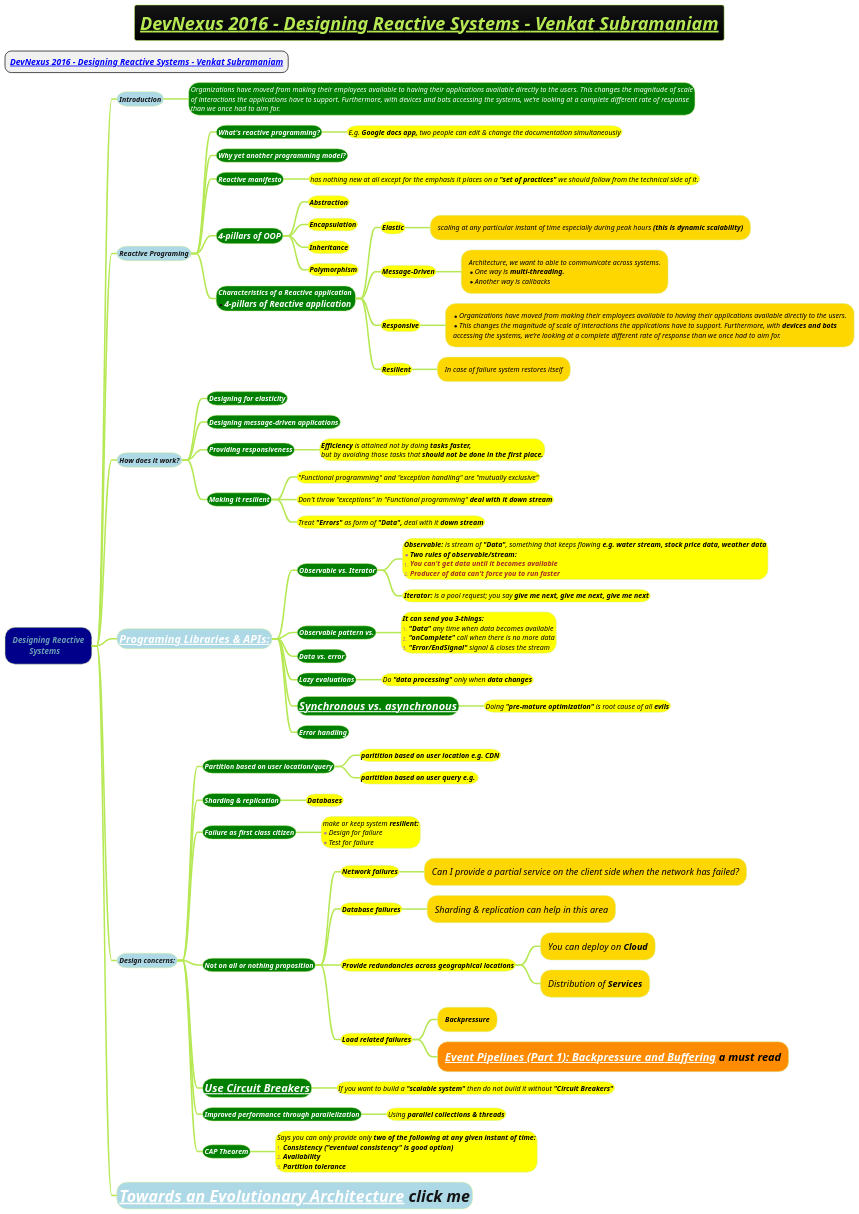
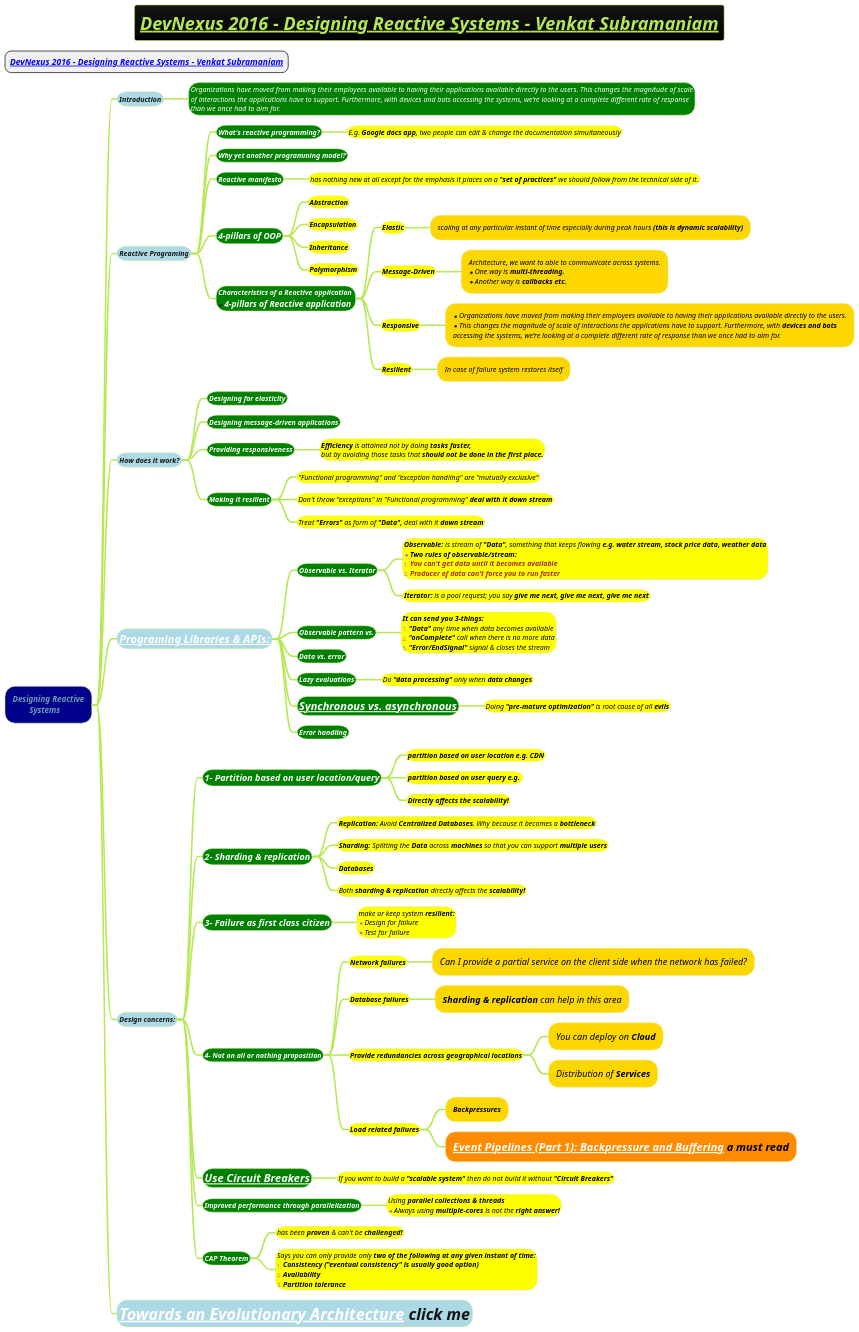
Before and after one commit to MehmoodHashmi/Documentation-as-Code-DaC: the diagram in docs/3-programming-languages/Venkat-Subramaniam/Designing-Reactive-Systems.puml, drawn with PlantUML.

```diff
--- a/docs/3-programming-languages/Venkat-Subramaniam/Designing-Reactive-Systems.puml
+++ b/docs/3-programming-languages/Venkat-Subramaniam/Designing-Reactive-Systems.puml
@@ -1,91 +1,96 @@
 @startmindmap
 title =<i><b><u>DevNexus 2016 - Designing Reactive Systems - Venkat Subramaniam
 
 * ===<i><b>[[https://www.youtube.com/watch?v=2k76zO2Q6vg&t=7003s&ab_channel=devnexus DevNexus 2016 - Designing Reactive Systems - Venkat Subramaniam]]
 !theme hacker
 
 *[#darkblue] <i>Designing Reactive\n<i>\tSystems
 **[#lightblue] <i><color #blac><size:14>Introduction
 ***[#green]:<i><color #white><size:14>Organizations have moved from making their employees available to having their applications available directly to the users. This changes the magnitude of scale
 <i><color #white><size:14>of interactions the applications have to support. Furthermore, with devices and bots accessing the systems, we’re looking at a complete different rate of response
 <i><color #white><size:14>than we once had to aim for.;
 
 **[#lightblue] <i><color #blac><size:14>Reactive Programing
 ***[#green] <i><color #white><size:14><b>What's reactive programming?
 ****[#yellow] <i><color #black><size:14>E.g. **Google docs app,** two people can edit & change the documentation simultaneously
 ***[#green] <i><color #white><size:14><b>Why yet another programming model?
 ***[#green] <i><color #white><size:14><b>Reactive manifesto
 ****[#yellow] <i><color #black><size:14>has nothing new at all except for the emphasis it places on a <b>"set of practices"</b> we should follow from the technical side of it.
 ***[#green] <i><color #white><size:14><i><color #white><size:17><b>4-pillars of OOP
 ****[#yellow] <b><i><color #black><size:14>Abstraction
 ****[#yellow] <b><i><color #black><size:14>Encapsulation
 ****[#yellow] <b><i><color #black><size:14>Inheritance
 ****[#yellow] <b><i><color #black><size:14>Polymorphism
 ***[#green] <i><color #white><size:14><b>Characteristics of a Reactive application \n*<i><color #white><size:17><b>4-pillars of Reactive application
 ****[#yellow] <b><i><color #black><size:14>Elastic
 *****[#gold] <i><color #black><size:14>scaling at any particular instant of time especially during peak hours <b>(this is dynamic scalability)
 ****[#yellow] <b><i><color #black><size:14>Message-Driven
 *****[#gold]:<i><color #black><size:14>Architecture, we want to able to communicate across systems.
 *<i><color #black><size:14>One way is <b>multi-threading.
-*<i><color #black><size:14>Another way is callbacks;
+*<i><color #black><size:14>Another way is <b>callbacks etc.;
 ****[#yellow] <b><i><color #black><size:14>Responsive
 *****[#gold]:*<i><color #black><size:14>Organizations have moved from making their employees available to having their applications available directly to the users.
 *<i><color #black><size:14>This changes the magnitude of scale of interactions the applications have to support. Furthermore, with <b>devices and bots
 <i><color #black><size:14>accessing the systems, we’re looking at a complete different rate of response than we once had to aim for.;
 ****[#yellow] <b><i><color #black><size:14>Resilient
 *****[#gold] <i><color #black><size:14>In case of failure system restores itself
 **[#lightblue] <i><color #blac><size:14>How does it work?
 ***[#green] <i><color #white><size:14><b>Designing for elasticity
 ***[#green] <i><color #white><size:14><b>Designing message-driven applications
 ***[#green] <i><color #white><size:14><b>Providing responsiveness
 ****[#yellow] <i><color #black><size:14><b>Efficiency</b> is attained not by doing <b>tasks faster,\n<i><color #black><size:14>but by avoiding those tasks that <b>should not be done in the first place.
 ***[#green] <i><color #white><size:14><b>Making it resilient
 ****[#yellow] <i><color #black><size:14>"Functional programming" and "exception handling" are "mutually exclusive"
 ****[#yellow] <i><color #black><size:14>Don't throw "exceptions" in "Functional programming" <b>deal with it down stream
 ****[#yellow] <i><color #black><size:14>Treat <b>"Errors"</b> as form of <b>"Data",</b> deal with it <b>down stream
 **[#lightblue] <i><color #blac><size:22>[[Reactive-Data-Stream.puml Programing Libraries & APIs:]]
 ***[#green] <i><color #white><size:14><b>Observable vs. Iterator
 ****[#yellow]:<i><color #black><size:14><b>Observable:</b> is stream of <b>"Data"</b>, something that keeps flowing <b>e.g. water stream, stock price data, weather data
 *<i><color #black><size:14><b>Two rules of observable/stream:
 #<i><color #brown><size:14><b>You can't get data until it becomes available
 #<i><color #brown><size:14><b>Producer of data can't force you to run faster;
 ****[#yellow] <i><color #black><size:14><b>Iterator:</b> is a pool request; you say <b>give me next, give me next, give me next
 ***[#green] <i><color #white><size:14><b>Observable pattern vs.
 ****[#yellow]:<i><color #black><size:14><b>It can send you 3-things:</b>
 #<i><color #black><size:14>**"Data"** any time when data becomes available
 #<i><color #black><size:14>**"onComplete"** call when there is no more data
 #<i><color #black><size:14>**"Error/EndSignal"** signal & closes the stream;
 
 ***[#green] <i><color #white><size:14><b>Data vs. error
 ***[#green] <i><color #white><size:14><b>Lazy evaluations
 ****[#yellow] <i><color #black><size:14>Do <b>"data processing"</b> only when <b>data changes
 ***[#green] <i><color #white><size:22><b>[[docs/3-programming-languages/Venkat-Subramaniam/Asynchronous-Programming-in-Java-Options-to-Choose-from.puml Synchronous vs. asynchronous]]
 ****[#yellow] <i><color #black><size:14>Doing <b>"pre-mature optimization"</b> is root cause of all <b>evils
 ***[#green] <i><color #white><size:14><b>Error handling
 **[#lightblue] <i><color #blac><size:14>Design concerns:
-***[#green] <i><color #white><size:14><b>Partition based on user location/query
-****[#yellow] <i><color #black><size:14><b>paritition based on user location e.g. CDN</b>
-****[#yellow] <i><color #black><size:14><b>paritition based on user query e.g. </b>
-***[#green] <i><color #white><size:14><b>Sharding & replication
+***[#green] <i><color #white><size:18><b>1- Partition based on user location/query
+****[#yellow] <i><color #black><size:14><b>partition based on user location e.g. CDN</b>
+****[#yellow] <i><color #black><size:14><b>partition based on user query e.g. </b>
+****[#yellow] <i><color #black><size:14><b>Directly affects the scalability!
+***[#green] <i><color #white><size:18><b>2- Sharding & replication
+****[#yellow] <i><color #black><size:14>**Replication:** Avoid <b>Centralized Databases</b>. Why because it becomes a <b>bottleneck
+****[#yellow] <i><color #black><size:14>**Sharding:** Splitting the <b>Data</b> across **machines** so that you can support <b>multiple users
 ****[#yellow] <i><color #black><size:14><b>Databases</b>
-***[#green] <i><color #white><size:14><b>Failure as first class citizen
+****[#yellow] <i><color #black><size:14>Both **sharding & replication** directly affects the <b>scalability!
+***[#green] <i><color #white><size:18><b>3- Failure as first class citizen
 ****[#yellow] <i><color #black><size:14>make or keep system <b>resilient:\n*<i><color #black><size:14>Design for failure\n*<i><color #black><size:14>Test for failure
-***[#green] <i><color #white><size:14><b>Not on all or nothing proposition
+***[#green] <i><color #white><size:14><b>4- Not on all or nothing proposition
 ****[#yellow] <i><color #black><size:14><b>Network failures</b>
 *****[#gold] <i><color #black><size:18>Can I provide a partial service on the client side when the network has failed?
 ****[#yellow] <i><color #black><size:14><b>Database failures</b>
-*****[#gold] <i><color #black><size:18>Sharding & replication can help in this area
+*****[#gold] <i><color #black><size:18>**Sharding & replication** can help in this area
 ****[#yellow] <i><color #black><size:14><b>Provide redundancies across geographical locations</b>
 *****[#gold] <i><color #black><size:18>You can deploy on <b>Cloud
 *****[#gold] <i><color #black><size:18>Distribution of <b>Services</b>
 ****[#yellow] <i><color #black><size:14><b>Load related failures</b>
-*****[#gold] <i><color #black><size:14><b>Backpressure</b>
+*****[#gold] <i><color #black><size:14><b>Backpressures</b>
 *****[#darkorange] <i><color #black><size:22><b>[[https://zendesk.engineering/event-pipelines-part-1-backpressure-and-buffering-1bba0ed3451e Event Pipelines (Part 1): Backpressure and Buffering]] a must read
 ***[#green] <i><color #white><size:22><b>[[docs/3-programming-languages/Venkat-Subramaniam/Circuit-Breaker.puml Use Circuit Breakers]]
 ****[#yellow] <i><color #black><size:14>If you want to build a <b>"scalable system"</b> then do not build it without <b>"Circuit Breakers"</b>
 ***[#green] <i><color #white><size:14><b>Improved performance through parallelization
-****[#yellow] <i><color #black><size:14>Using <b>parallel collections & threads
+****[#yellow] <i><color #black><size:14>Using <b>parallel collections & threads\n*<i><color #black><size:14>Always using **multiple-cores** is not the <b>right answer!
 ***[#green] <i><color #white><size:14><b>CAP Theorem
-****[#yellow] <i><color #black><size:14>Says you can only provide only <b>two of the following at any given instant of time:\n#<b><i><color #black><size:14>Consistency ("eventual consistency" is good option)\n#<b><i><color #black><size:14>Availability\n#<b><i><color #black><size:14>Partition tolerance
+****[#yellow] <i><color #black><size:14>has been **proven** & can't be <b>challenged!
+****[#yellow] <i><color #black><size:14>Says you can only provide only <b>two of the following at any given instant of time:\n#<b><i><color #black><size:14>Consistency ("eventual consistency" is usually good option)\n#<b><i><color #black><size:14>Availability\n#<b><i><color #black><size:14>Partition tolerance
 **[#lightblue] <i><color #blac><size:32>[[docs/3-programming-languages/Venkat-Subramaniam/Towards-an-Evolutionary-Architecture.puml Towards an Evolutionary Architecture]] click me
 @endmindmap
```
